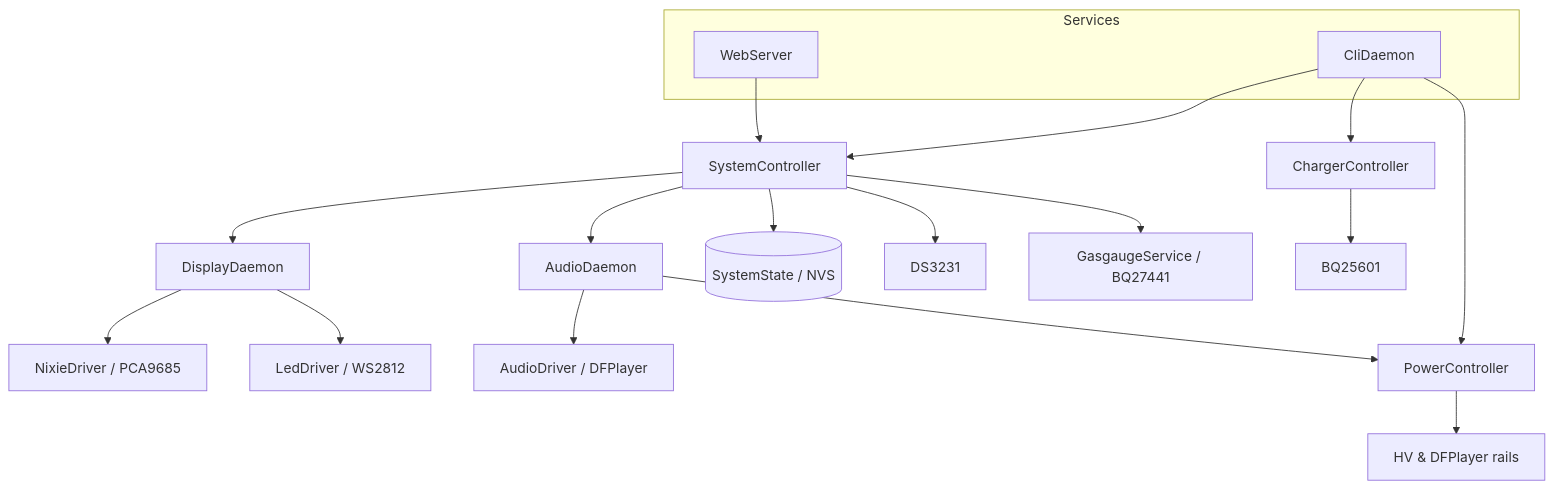
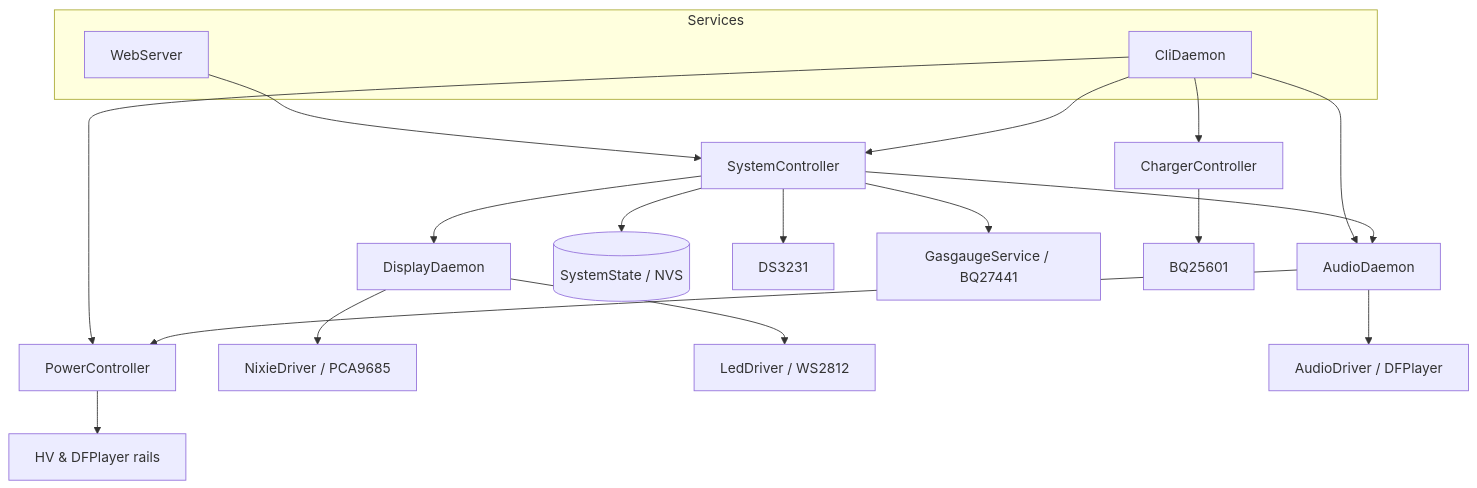
One commit to HabonRoof/nixietube_clock changed the diagram in README.md. Above: the diagram before and after it, drawn with Mermaid. The commit also changed other lines of this file and 4 other files, not shown here.

````diff
--- a/README.md
+++ b/README.md
@@ -43,31 +43,32 @@
 ```mermaid
 flowchart TB
     subgraph Services
         Web[WebServer]
         CLI[CliDaemon]
     end
 
     SC[SystemController]
     DD[DisplayDaemon]
     AD[AudioDaemon]
     CC[ChargerController]
     PC[PowerController]
 
     Web --> SC
     CLI --> SC
     CLI --> CC
     CLI --> PC
+    CLI --> AD
 
     SC --> DD
     SC --> AD
     SC --> SystemState[(SystemState / NVS)]
 
     DD --> Nixie[NixieDriver / PCA9685]
     DD --> LED[LedDriver / WS2812]
     AD --> Audio[AudioDriver / DFPlayer]
     AD --> PC
     SC --> RTC[DS3231]
     SC --> GG[GasgaugeService / BQ27441]
     CC --> Charger[BQ25601]
     PC --> Rails[HV & DFPlayer rails]
 ```
````
